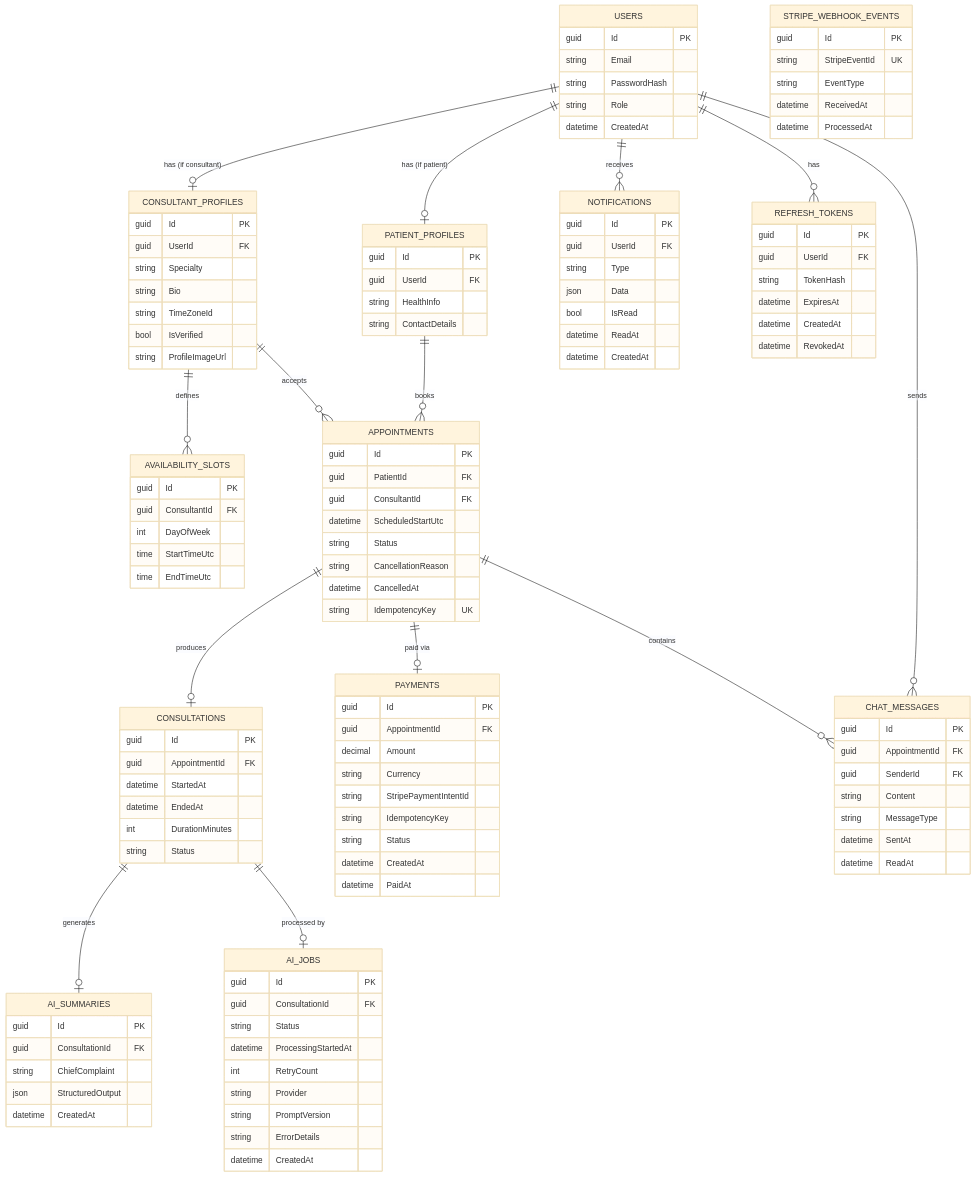
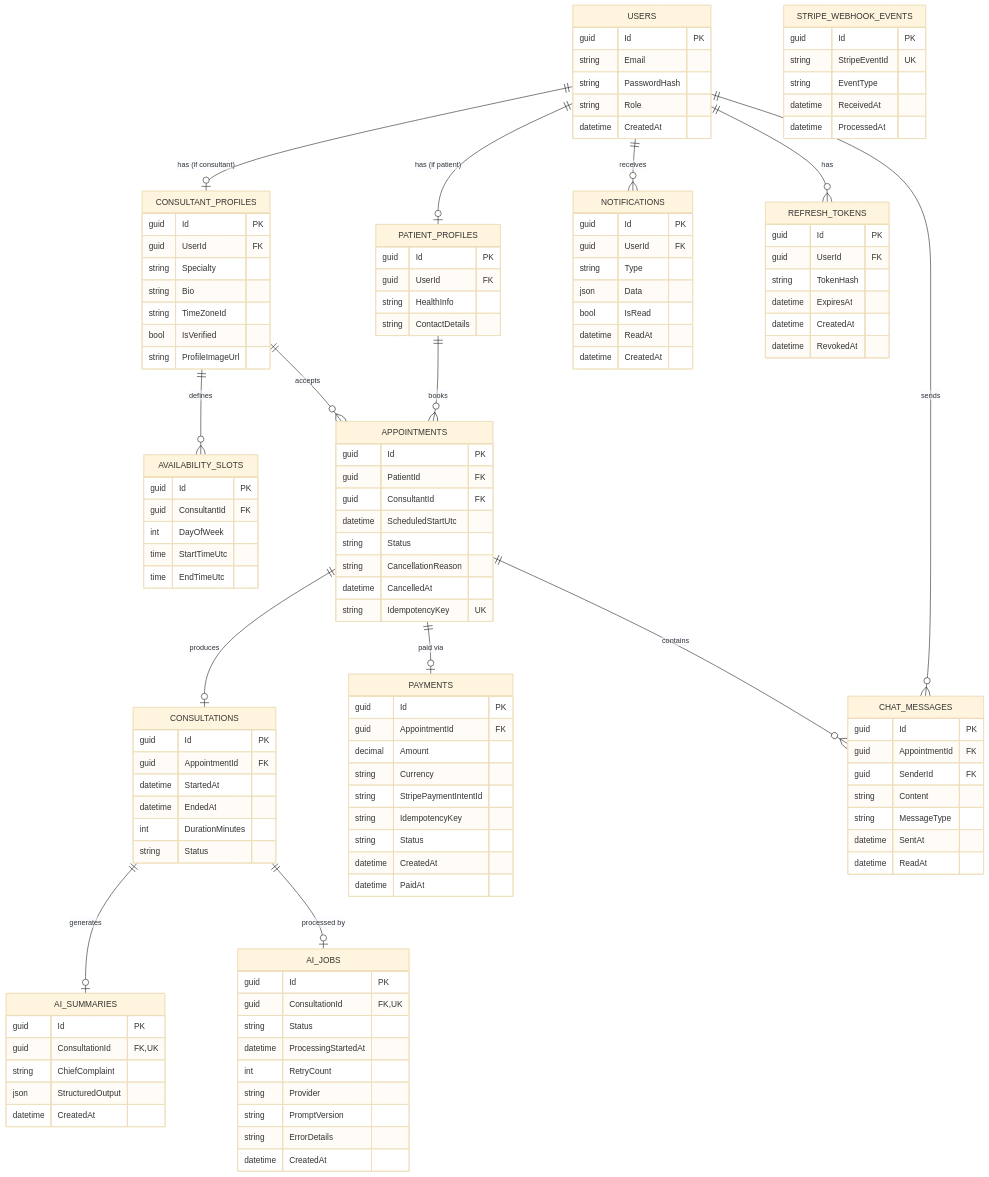
Before and after one commit to Marwansalem122/-Full-Stack-Telehealth-App-Flutter-BLoC-Dotnet-core10-Masterclass-Clean-Architecture-WebRTC-Stripe: the diagram in ERD/ERD_complete.md, drawn with Mermaid (base theme).

Commit message:
Update ERD to mark ConsultationId as unique key in AI_SUMMARIES and AI_JOBS

```diff
--- a/ERD/ERD_complete.md
+++ b/ERD/ERD_complete.md
@@ -98,7 +98,7 @@
 
     AI_SUMMARIES {
         guid Id PK
-        guid ConsultationId FK
+        guid ConsultationId FK, UK
         string ChiefComplaint
         json StructuredOutput
         datetime CreatedAt
@@ -106,7 +106,7 @@
 
     AI_JOBS {
         guid Id PK
-        guid ConsultationId FK
+        guid ConsultationId FK, UK
         string Status
         datetime ProcessingStartedAt
         int RetryCount
```
